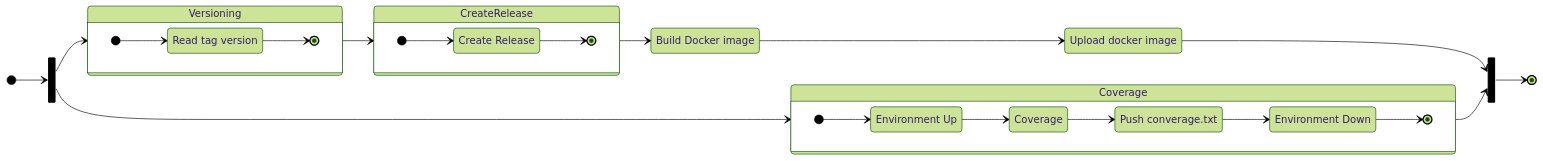
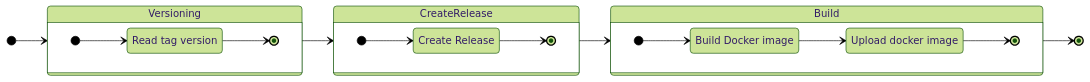
The fifth of 7 diagrams in CICD.md (hawks-atlanta/docs), drawn with Mermaid (forest theme) before and after one commit. The commit also changed other lines of this file, not shown here.

````diff
--- a/CICD.md
+++ b/CICD.md
@@ -74,48 +91,32 @@
 ```mermaid
 stateDiagram-v2
 	direction LR
 	
 	state Versioning {
 		direction LR
 		VersionPy: Read tag version
 		[*] --> VersionPy
 		VersionPy --> [*]
 	}
-	docker: Build Docker image
-	registry: Upload docker image
+	
+	state Build {
+		direction LR
+		docker: Build Docker image
+		registry: Upload docker image
+		[*] --> docker
+		docker --> registry
+		registry --> [*]
+	}
 	
 	state CreateRelease {
 		direction LR
 		createRelease: Create Release
 		[*] --> createRelease
 		createRelease --> [*]
 	}
 	
-	
-	
-	state Coverage {
-		direction LR
-		EnvironmentUp: Environment Up
-		coverage: Coverage
-		Push: Push converage.txt
-		EnvironmentDown: Environment Down
-		[*] --> EnvironmentUp
-		EnvironmentUp --> coverage
-		coverage --> Push
-		Push --> EnvironmentDown
-		EnvironmentDown --> [*]
-	}
-	
-	state fork_main <<fork>>
-	state join_main <<join>>
-	
-	[*] --> fork_main
-	fork_main --> Versioning
-	fork_main --> Coverage
+	[*] --> Versioning
 	Versioning --> CreateRelease
-	CreateRelease --> docker
-	docker --> registry
-	registry --> join_main
-	Coverage --> join_main
-	join_main --> [*]
+	CreateRelease --> Build
+	Build --> [*]
 ```
````
